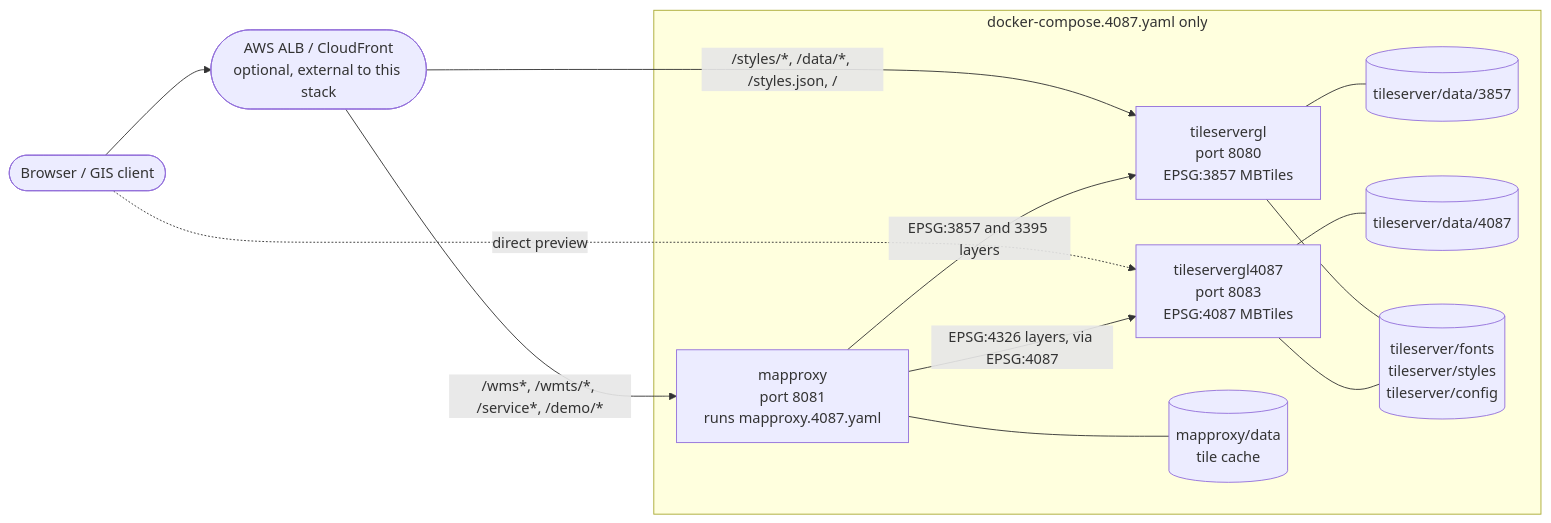
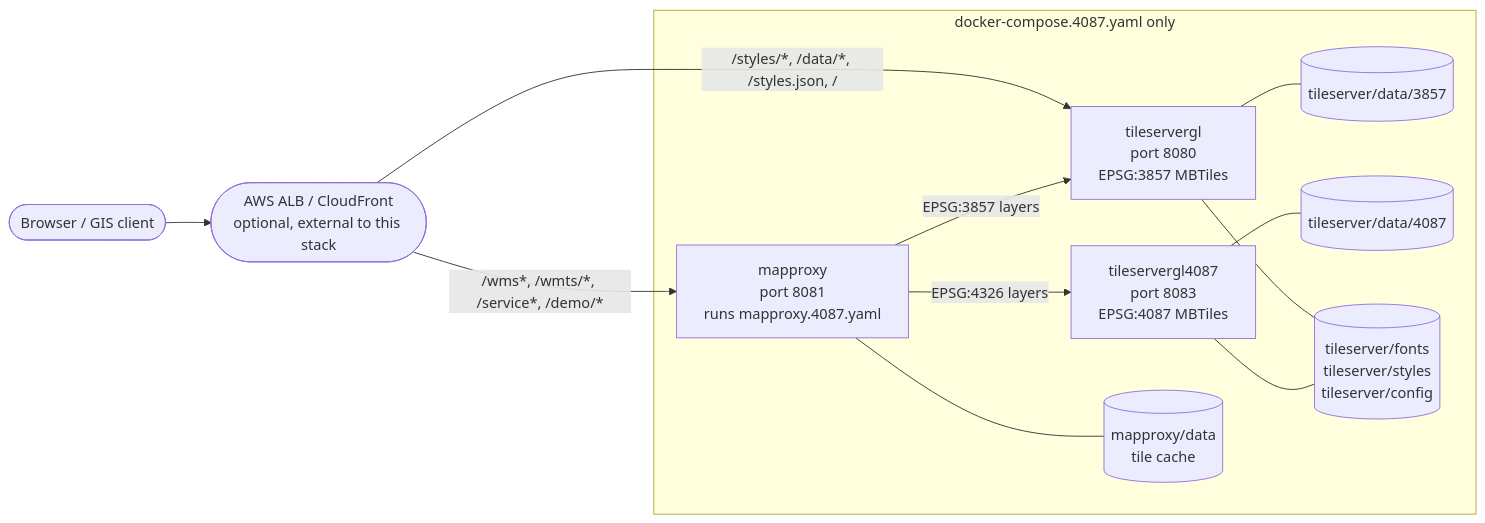
One commit to ReleasableBasemapTiles/rbt-local changed the fourth of 4 diagrams in README.md. Above: the diagram before and after it, drawn with Mermaid. The commit also changed other lines of this file, not shown here.

Commit message:
Update README.md to clarify EPSG layer mappings in flowchart
Refine the flowchart in the README to accurately represent the layer mappings for EPSG:3857 and EPSG:4326, removing redundant references to EPSG:3395 and ensuring clarity in the deployment options. This change enhances the documentation's accuracy regarding the interactions between MapProxy and TileserverGL.

````diff
--- a/README.md
+++ b/README.md
@@ -148,27 +147,26 @@
 ```mermaid
 flowchart LR
   client(["Browser / GIS client"])
   edge(["AWS ALB / CloudFront<br/>optional, external to this stack"])
 
   subgraph stack["docker-compose.4087.yaml only"]
     mapproxy["mapproxy<br/>port 8081<br/>runs mapproxy.4087.yaml"]
     tileservergl["tileservergl<br/>port 8080<br/>EPSG:3857 MBTiles"]
     tileservergl4087["tileservergl4087<br/>port 8083<br/>EPSG:4087 MBTiles"]
     tilecache[("mapproxy/data<br/>tile cache")]
     mbtiles3857[("tileserver/data/3857")]
     mbtiles4087[("tileserver/data/4087")]
     shared[("tileserver/fonts<br/>tileserver/styles<br/>tileserver/config")]
   end
 
   client --> edge
-  client -.->|"direct preview"| tileservergl4087
   edge -->|"/wms*, /wmts/*, /service*, /demo/*"| mapproxy
   edge -->|"/styles/*, /data/*, /styles.json, /"| tileservergl
-  mapproxy -->|"EPSG:3857 and 3395 layers"| tileservergl
-  mapproxy -->|"EPSG:4326 layers, via EPSG:4087"| tileservergl4087
+  mapproxy -->|"EPSG:3857 layers"| tileservergl
+  mapproxy -->|"EPSG:4326 layers"| tileservergl4087
   mapproxy --- tilecache
   tileservergl --- mbtiles3857
   tileservergl4087 --- mbtiles4087
   tileservergl --- shared
   tileservergl4087 --- shared
 ```
````
